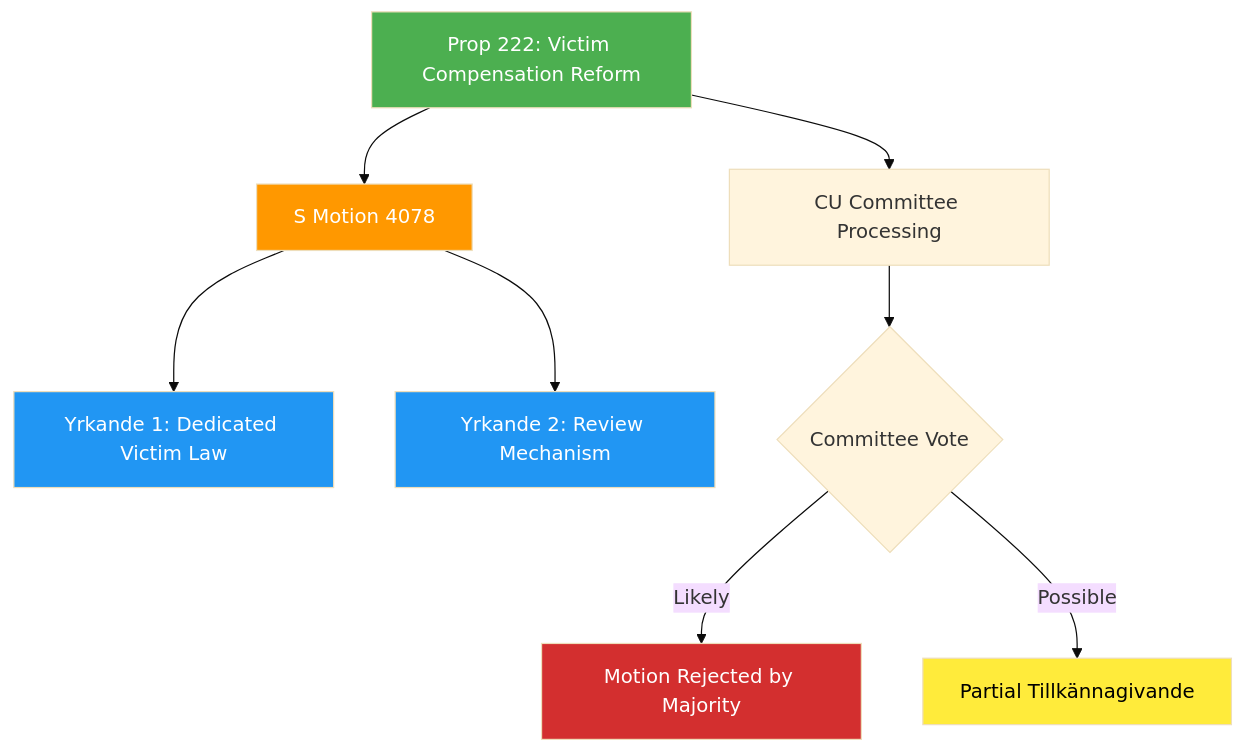
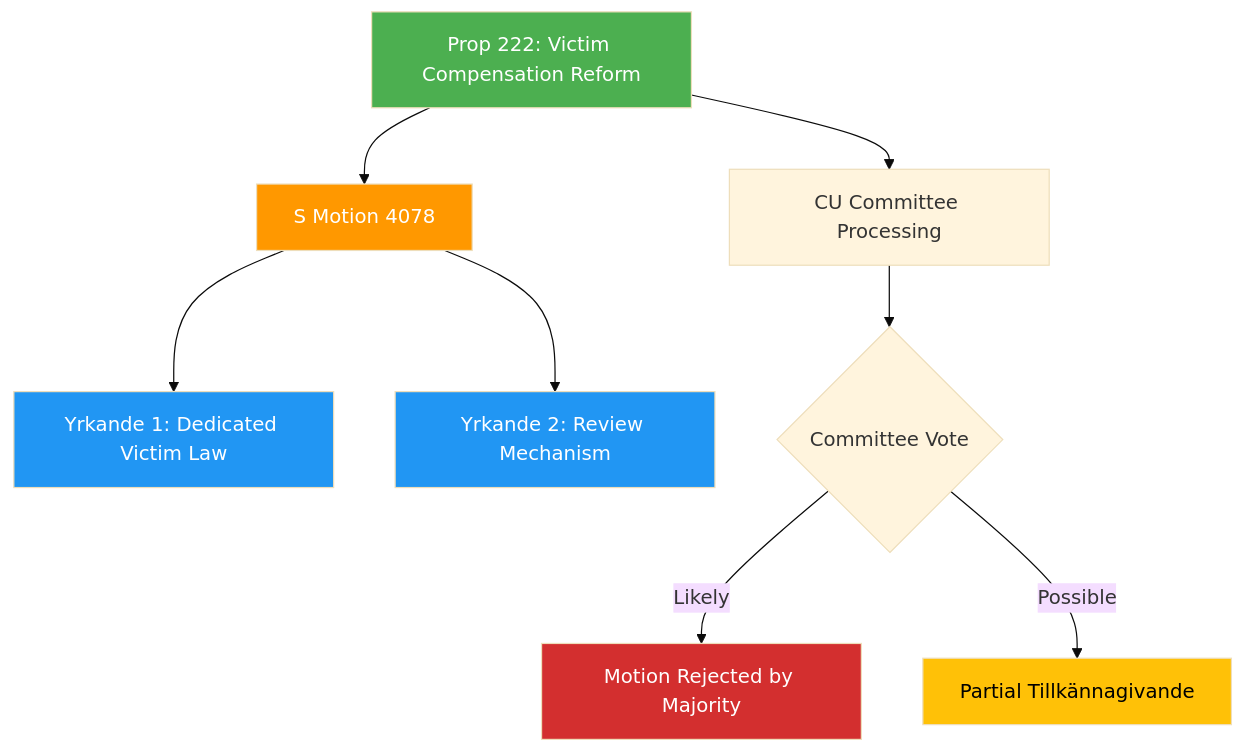
The diagram in analysis/daily/2026-04-15/realtime-1029/documents/hd024078-analysis.md (Hack23/riksdagsmonitor), drawn with Mermaid (base theme) before and after one commit. The commit also changed 121 other files, not shown here.

````diff
--- a/analysis/daily/2026-04-15/realtime-1029/documents/hd024078-analysis.md
+++ b/analysis/daily/2026-04-15/realtime-1029/documents/hd024078-analysis.md
@@ -45,17 +45,17 @@
 ```mermaid
 graph TD
     A["Prop 222: Victim Compensation Reform"] --> B["S Motion 4078"]
     B --> C["Yrkande 1: Dedicated Victim Law"]
     B --> D["Yrkande 2: Review Mechanism"]
     A --> E["CU Committee Processing"]
     E --> F{"Committee Vote"}
     F -->|Likely| G["Motion Rejected by Majority"]
     F -->|Possible| H["Partial Tillkännagivande"]
     
     style A fill:#4CAF50,color:#FFFFFF
     style B fill:#FF9800,color:#FFFFFF
     style C fill:#2196F3,color:#FFFFFF
     style D fill:#2196F3,color:#FFFFFF
     style G fill:#D32F2F,color:#FFFFFF
-    style H fill:#FFEB3B,color:#000000
+    style H fill:#FFC107,color:#000000
 ```
````
